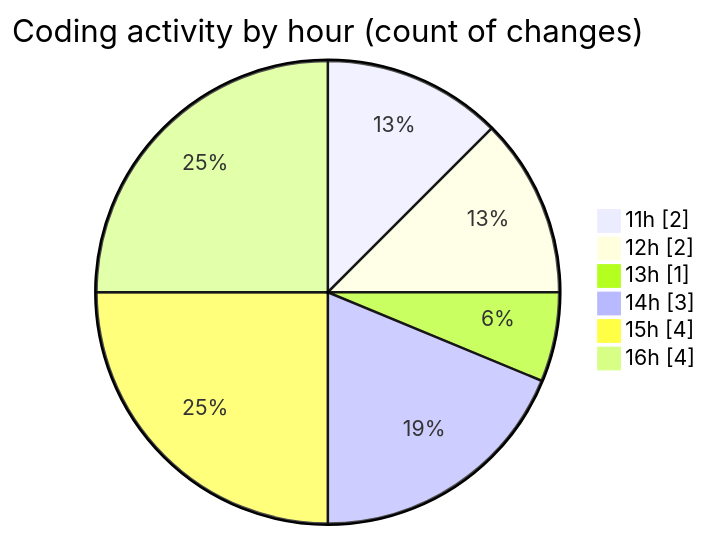
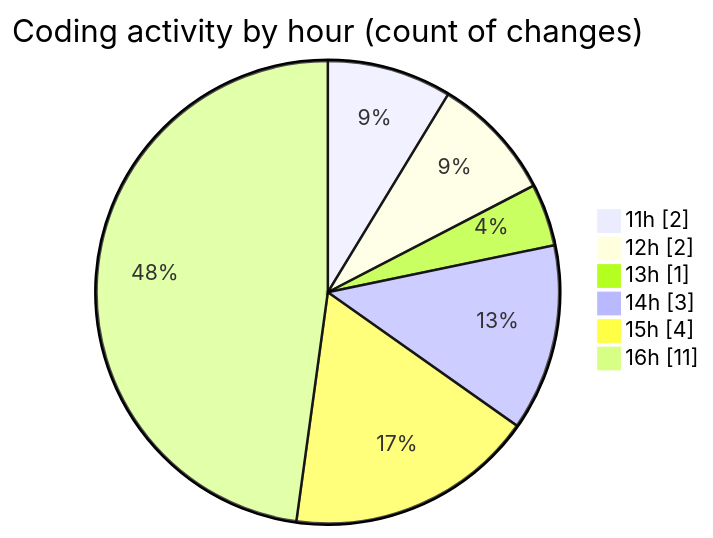
One commit to nxtqubesakshisongat/code-tracking changed the second of 2 diagrams in 2025-10-10/nxtqube_webapp/README.md. Above: the diagram before and after it, drawn with Mermaid. The commit also changed other lines of this file and 1 other file, not shown here.

````diff
--- a/2025-10-10/nxtqube_webapp/README.md
+++ b/2025-10-10/nxtqube_webapp/README.md
@@ -33,10 +33,10 @@
 ```mermaid
 pie showData
 title Coding activity by hour (count of changes)
 "11h" : 2
 "12h" : 2
 "13h" : 1
 "14h" : 3
 "15h" : 4
-"16h" : 4
+"16h" : 11
 ```
````
